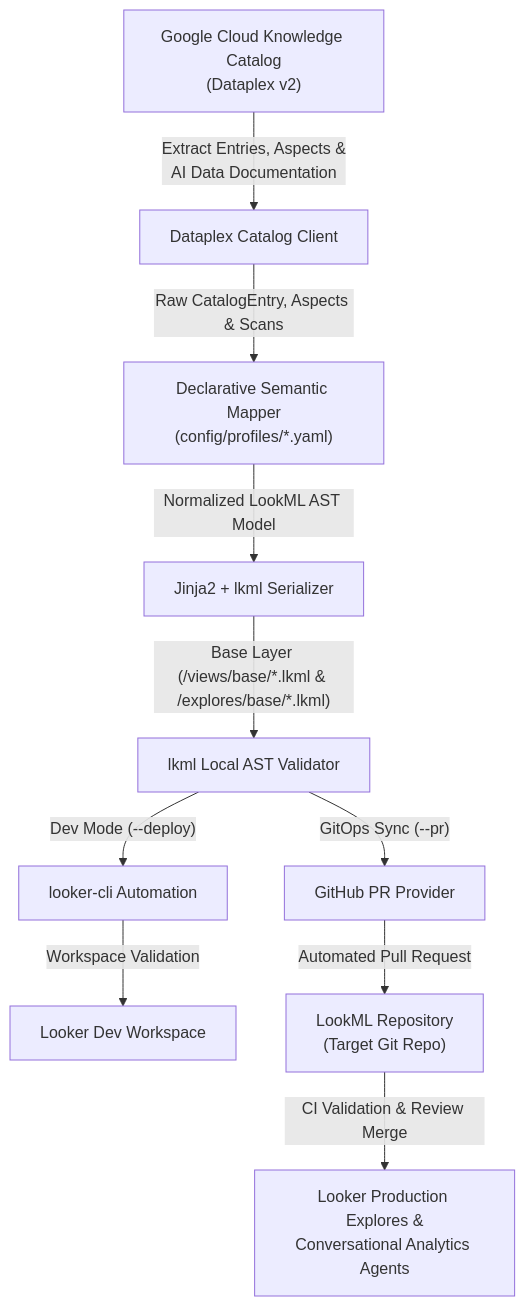
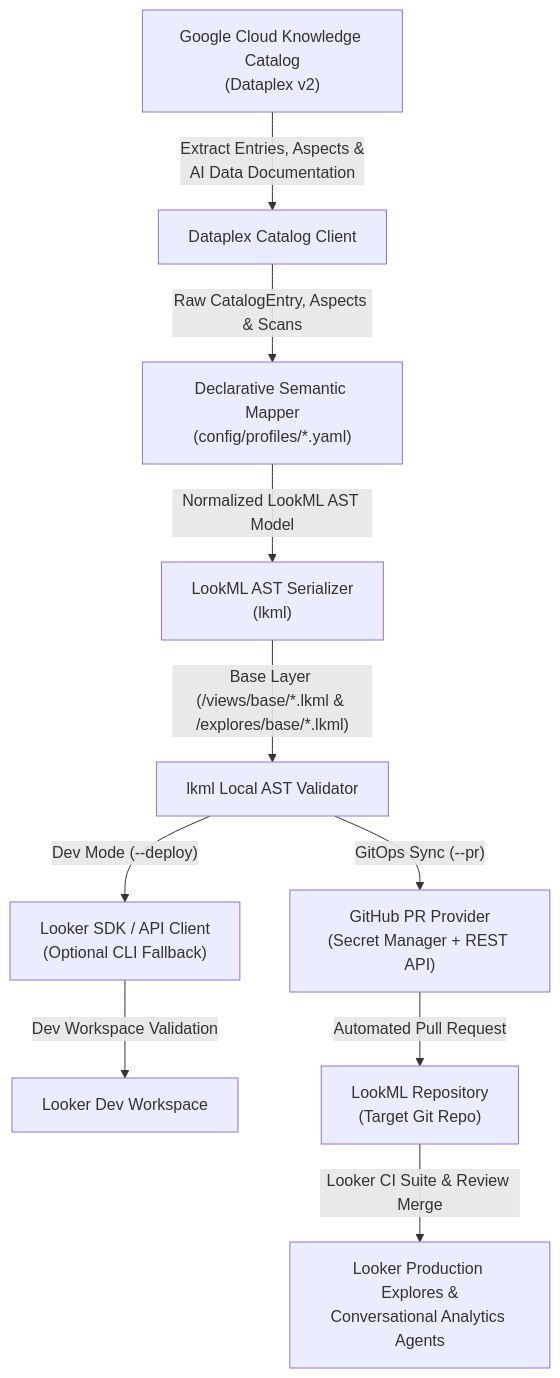
One commit to brettguenther/knowledge-catalog-looker-sync changed the diagram in README.md. Above: the diagram before and after it, drawn with Mermaid. The commit also changed other lines of this file and 3 other files, not shown here.

Commit message:
docs: audit README and CLI docstrings, remove Jinja2 references, and clarify Looker SDK vs CLI

````diff
--- a/README.md
+++ b/README.md
@@ -9,14 +9,14 @@
 ```mermaid
 flowchart TD
     KC["Google Cloud Knowledge Catalog<br/>(Dataplex v2)"] -->|"Extract Entries, Aspects &<br/>AI Data Documentation"| Extractor["Dataplex Catalog Client"]
     Extractor -->|"Raw CatalogEntry, Aspects & Scans"| Mapper["Declarative Semantic Mapper<br/>(config/profiles/*.yaml)"]
-    Mapper -->|"Normalized LookML AST Model"| Generator["Jinja2 + lkml Serializer"]
+    Mapper -->|"Normalized LookML AST Model"| Generator["LookML AST Serializer<br/>(lkml)"]
     Generator -->|"Base Layer (/views/base/*.lkml & /explores/base/*.lkml)"| Validator["lkml Local AST Validator"]
 
-    Validator -->|"Dev Mode (--deploy)"| LookerCLI["looker-cli Automation"]
-    LookerCLI -->|"Workspace Validation"| LookerDev["Looker Dev Workspace"]
+    Validator -->|"Dev Mode (--deploy)"| LookerClient["Looker SDK / API Client<br/>(Optional CLI Fallback)"]
+    LookerClient -->|"Dev Workspace Validation"| LookerDev["Looker Dev Workspace"]
 
-    Validator -->|"GitOps Sync (--pr)"| GitClient["GitHub PR Provider"]
+    Validator -->|"GitOps Sync (--pr)"| GitClient["GitHub PR Provider<br/>(Secret Manager + REST API)"]
     GitClient -->|"Automated Pull Request"| GitHub["LookML Repository<br/>(Target Git Repo)"]
-    GitHub -->|"CI Validation & Review Merge"| LookerProd["Looker Production Explores &<br/>Conversational Analytics Agents"]
+    GitHub -->|"Looker CI Suite & Review Merge"| LookerProd["Looker Production Explores &<br/>Conversational Analytics Agents"]
 ```
````
